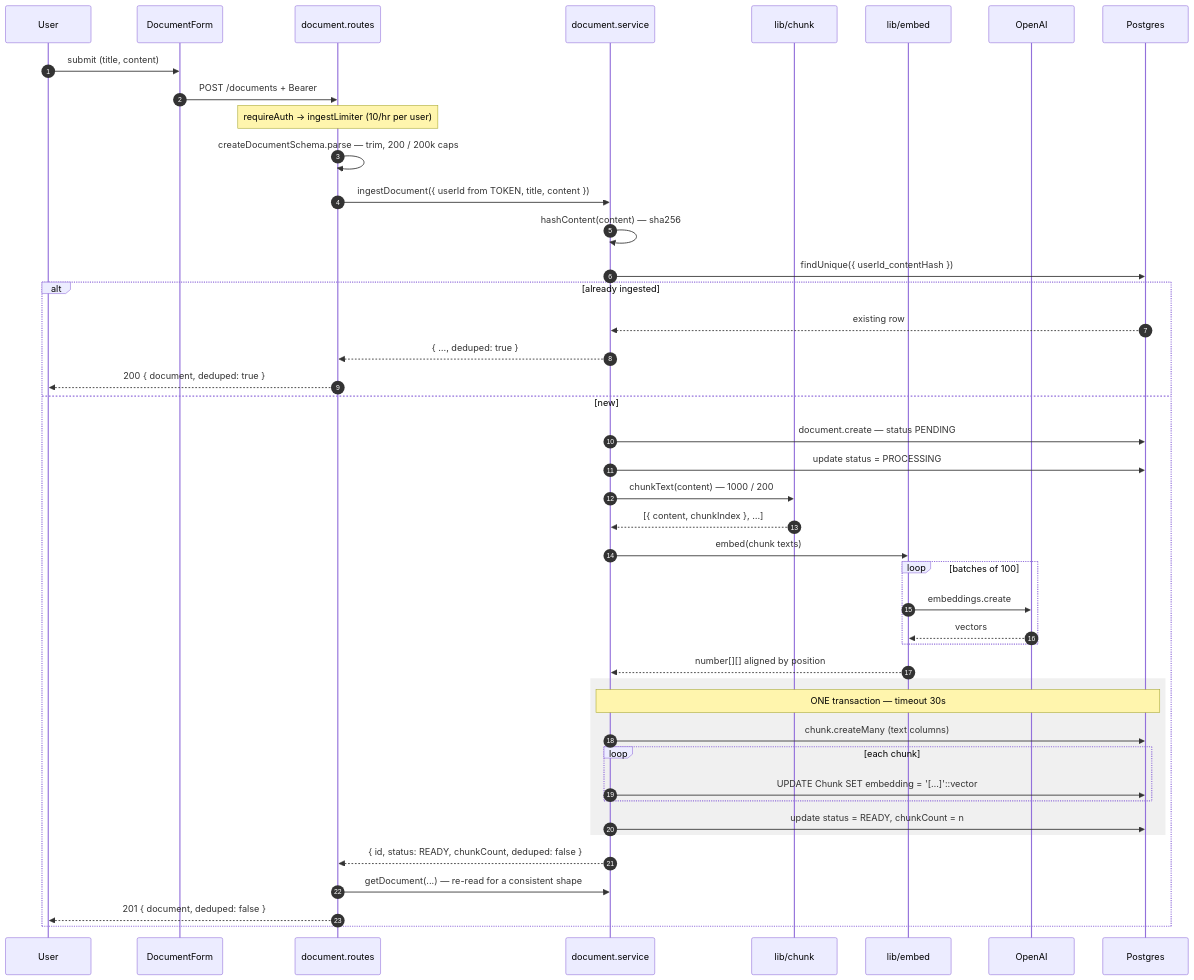
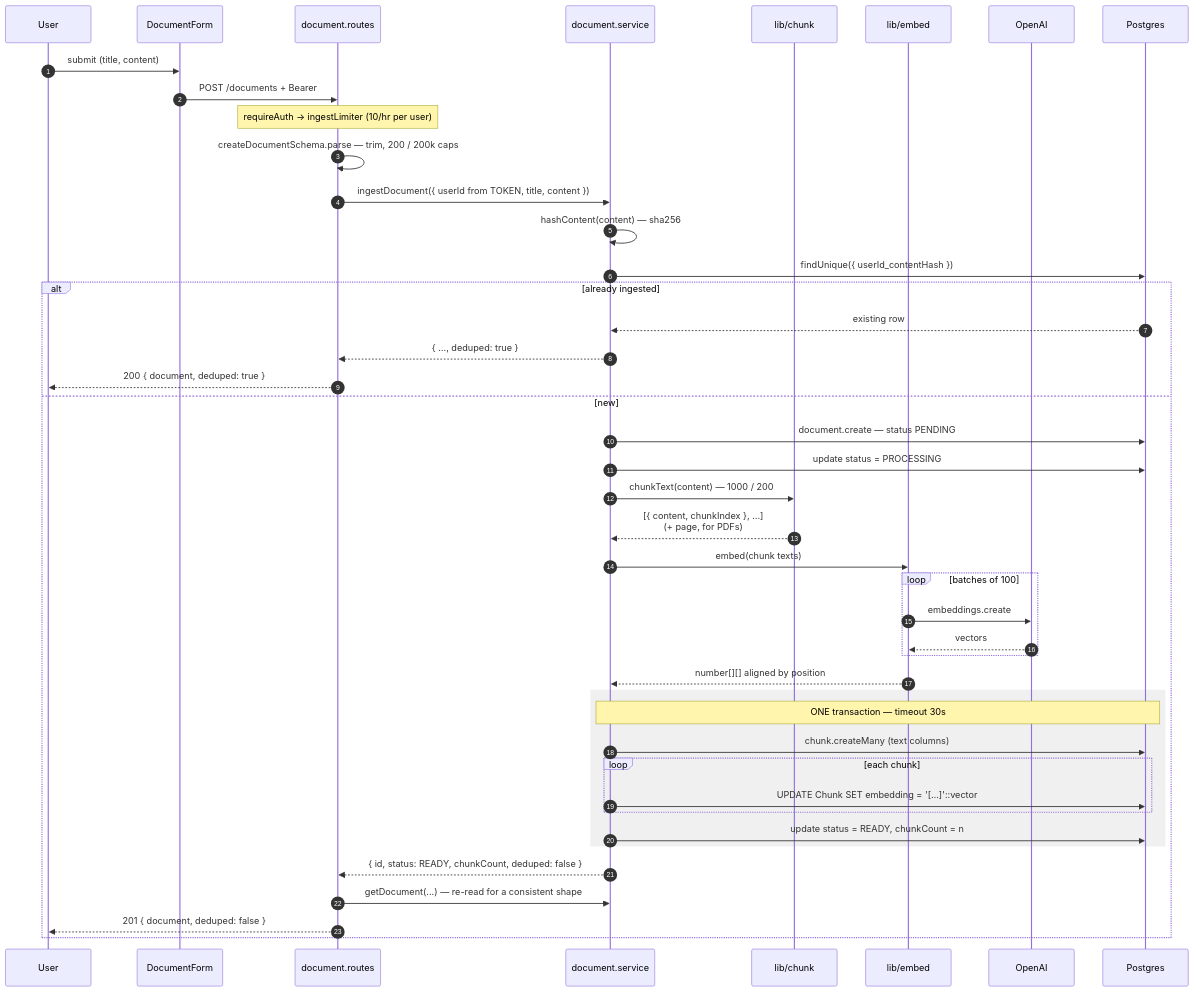
One commit to AbhishekSatyam96/devTinder changed the fourth of 6 diagrams in docs/flows.md. Above: the diagram before and after it, drawn with Mermaid. The commit also changed other lines of this file and 2 other files, not shown here.

````diff
--- a/docs/flows.md
+++ b/docs/flows.md
@@ -307,50 +314,50 @@
 ```mermaid
 sequenceDiagram
     autonumber
     participant U as User
     participant F as DocumentForm
     participant R as document.routes
     participant S as document.service
     participant CH as lib/chunk
     participant EM as lib/embed
     participant AI as OpenAI
     participant DB as Postgres
 
     U->>F: submit (title, content)
     F->>R: POST /documents + Bearer
     Note over R: requireAuth → ingestLimiter (10/hr per user)
     R->>R: createDocumentSchema.parse — trim, 200 / 200k caps
     R->>S: ingestDocument({ userId from TOKEN, title, content })
 
     S->>S: hashContent(content) — sha256
     S->>DB: findUnique({ userId_contentHash })
     alt already ingested
         DB-->>S: existing row
         S-->>R: { …, deduped: true }
         R-->>U: 200 { document, deduped: true }
     else new
         S->>DB: document.create — status PENDING
         S->>DB: update status = PROCESSING
         S->>CH: chunkText(content) — 1000 / 200
-        CH-->>S: [{ content, chunkIndex }, …]
+        CH-->>S: [{ content, chunkIndex }, …]<br/>(+ page, for PDFs)
         S->>EM: embed(chunk texts)
         loop batches of 100
             EM->>AI: embeddings.create
             AI-->>EM: vectors
         end
         EM-->>S: number[][] aligned by position
 
         rect rgb(240,240,240)
             Note over S,DB: ONE transaction — timeout 30s
             S->>DB: chunk.createMany (text columns)
             loop each chunk
                 S->>DB: UPDATE Chunk SET embedding = '[…]'::vector
             end
             S->>DB: update status = READY, chunkCount = n
         end
 
         S-->>R: { id, status: READY, chunkCount, deduped: false }
         R->>S: getDocument(...) — re-read for a consistent shape
         R-->>U: 201 { document, deduped: false }
     end
 ```
````
